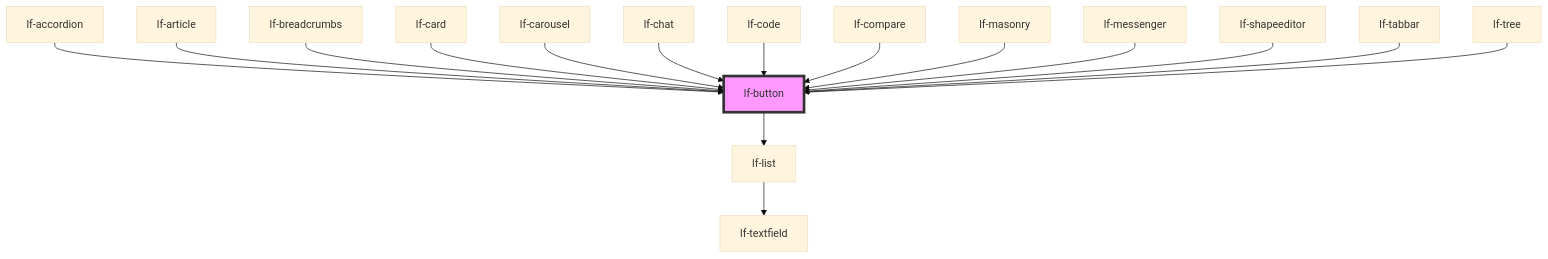
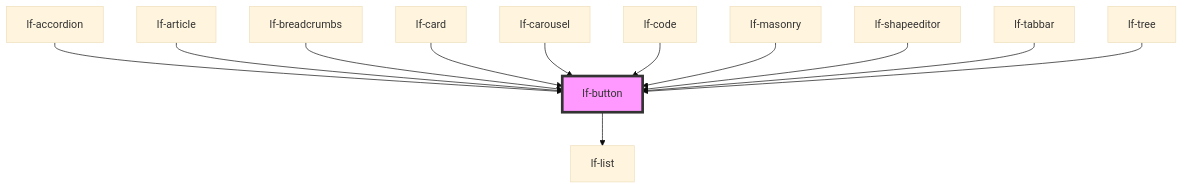
The diagram in packages/core/src/components/lf-button/readme.md (lucafoscili/lf-widgets), drawn with Mermaid (base theme) before and after one commit. The commit also changed other lines of this file and 96 other files, not shown here.

First line of the commit message:
chore: Refactor core components to use FC-based Button and Textfield

````diff
--- a/packages/core/src/components/lf-button/readme.md
+++ b/packages/core/src/components/lf-button/readme.md
@@ -184,19 +181,15 @@
 ```mermaid
 graph TD;
   lf-button --> lf-list
-  lf-list --> lf-textfield
   lf-accordion --> lf-button
   lf-article --> lf-button
   lf-breadcrumbs --> lf-button
   lf-card --> lf-button
   lf-carousel --> lf-button
-  lf-chat --> lf-button
   lf-code --> lf-button
-  lf-compare --> lf-button
   lf-masonry --> lf-button
-  lf-messenger --> lf-button
   lf-shapeeditor --> lf-button
   lf-tabbar --> lf-button
   lf-tree --> lf-button
   style lf-button fill:#f9f,stroke:#333,stroke-width:4px
 ```
````
